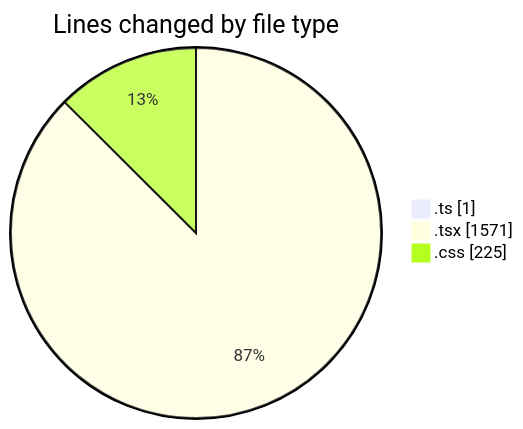
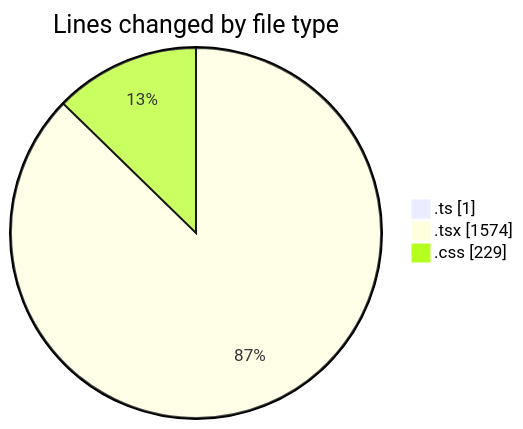
One commit to robertbonfada/code-tracking changed the first of 2 diagrams in 2025-01-31/audiobooks-web/README.md. Above: the diagram before and after it, drawn with Mermaid. The commit also changed other lines of this file and 1 other file, not shown here.

````diff
--- a/2025-01-31/audiobooks-web/README.md
+++ b/2025-01-31/audiobooks-web/README.md
@@ -31,7 +31,7 @@
 ```mermaid
 pie showData
 title Lines changed by file type
 ".ts" : 1
-".tsx" : 1571
-".css" : 225
+".tsx" : 1574
+".css" : 229
 ```
````
